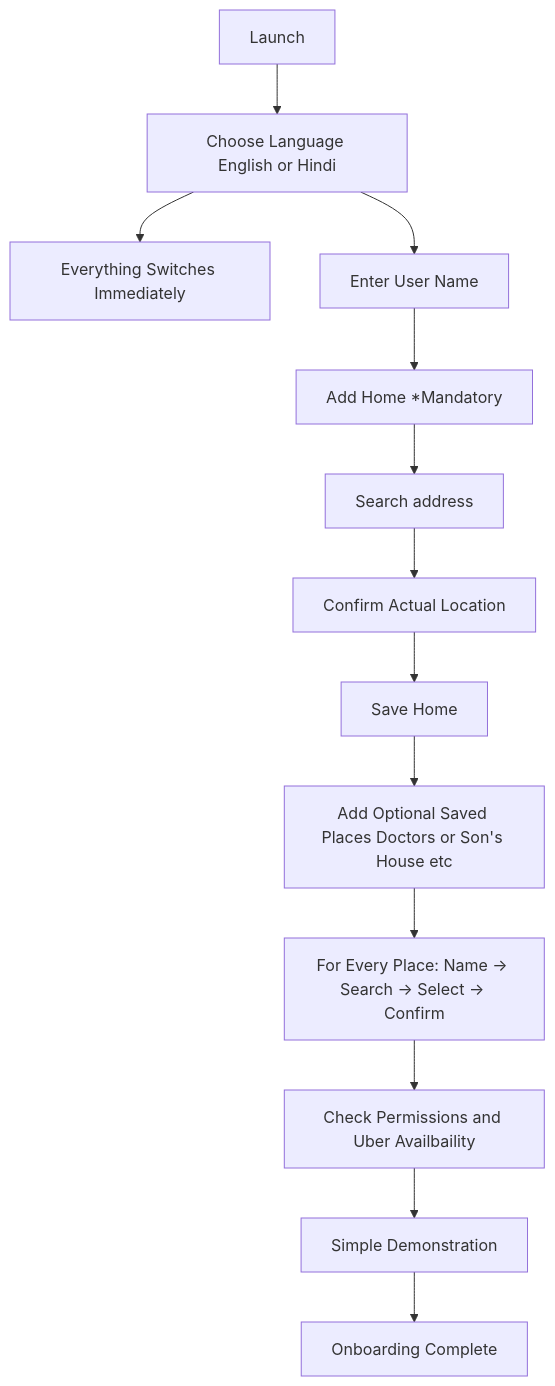
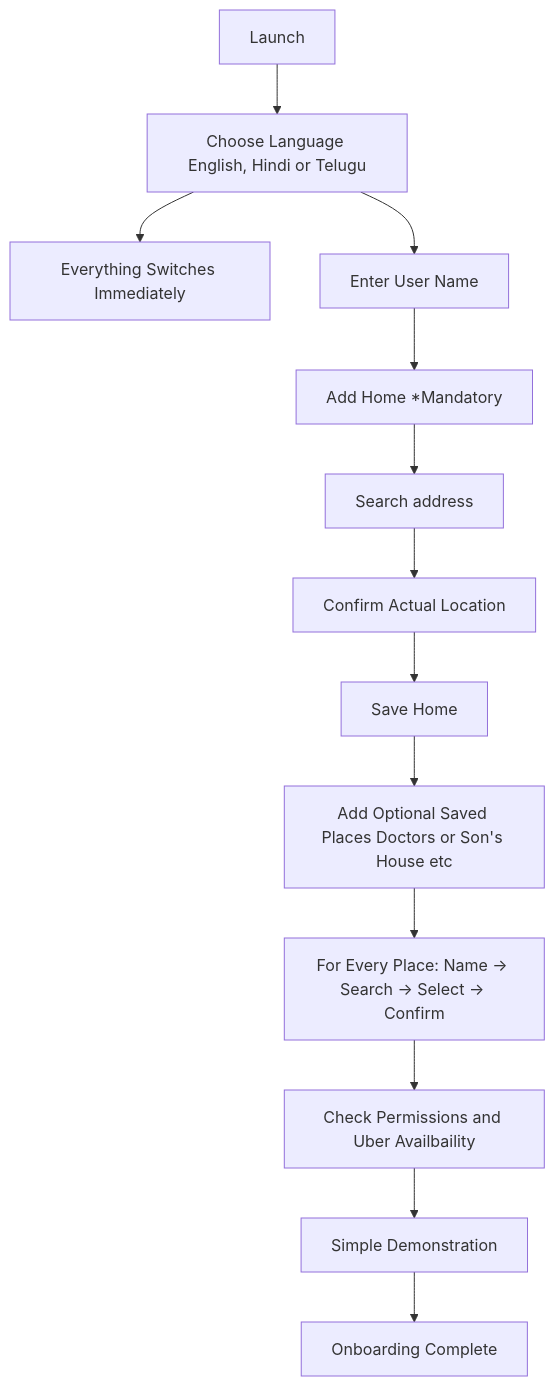
The second of 4 diagrams in README.md (whyismeleige/ride-saathi), drawn with Mermaid before and after one commit. The commit also changed other lines of this file and 7 other files, not shown here.

Commit message:
feat: add telugu language

````diff
--- a/README.md
+++ b/README.md
@@ -111,19 +111,19 @@
 ```mermaid
 flowchart TD
-    A[Launch] --> B[Choose Language English or Hindi]
+    A[Launch] --> B[Choose Language English, Hindi or Telugu]
  B --> C[Everything Switches Immediately]
 
  B --> D[Enter User Name]
 
  D --> E[Add Home *Mandatory]
  E --> F[Search address]
  F --> G[Confirm Actual Location]
  G --> H[Save Home]
 
  H --> I[Add Optional Saved Places Doctors or Son's House etc]
  I --> J[For Every Place: Name -> Search -> Select -> Confirm]
 
  J --> K[Check Permissions and Uber Availbaility]
  K --> L[Simple Demonstration]
  L --> M[Onboarding Complete]
 ```
````
